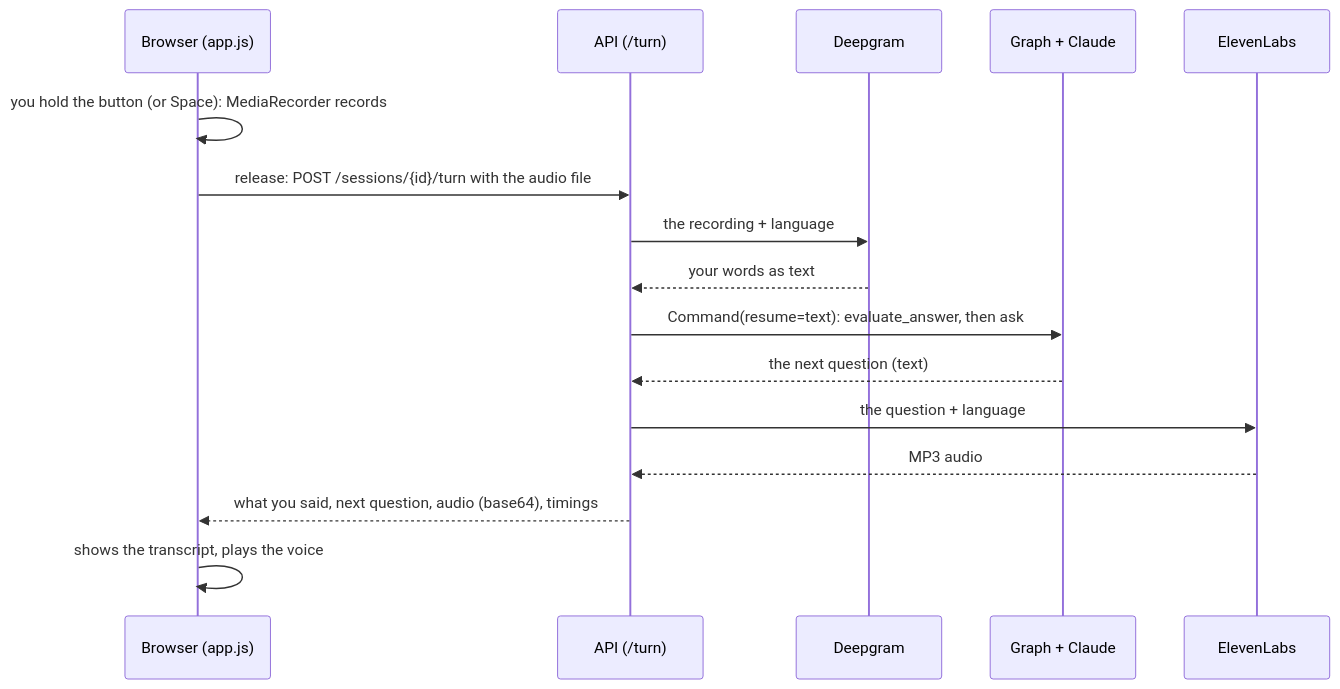
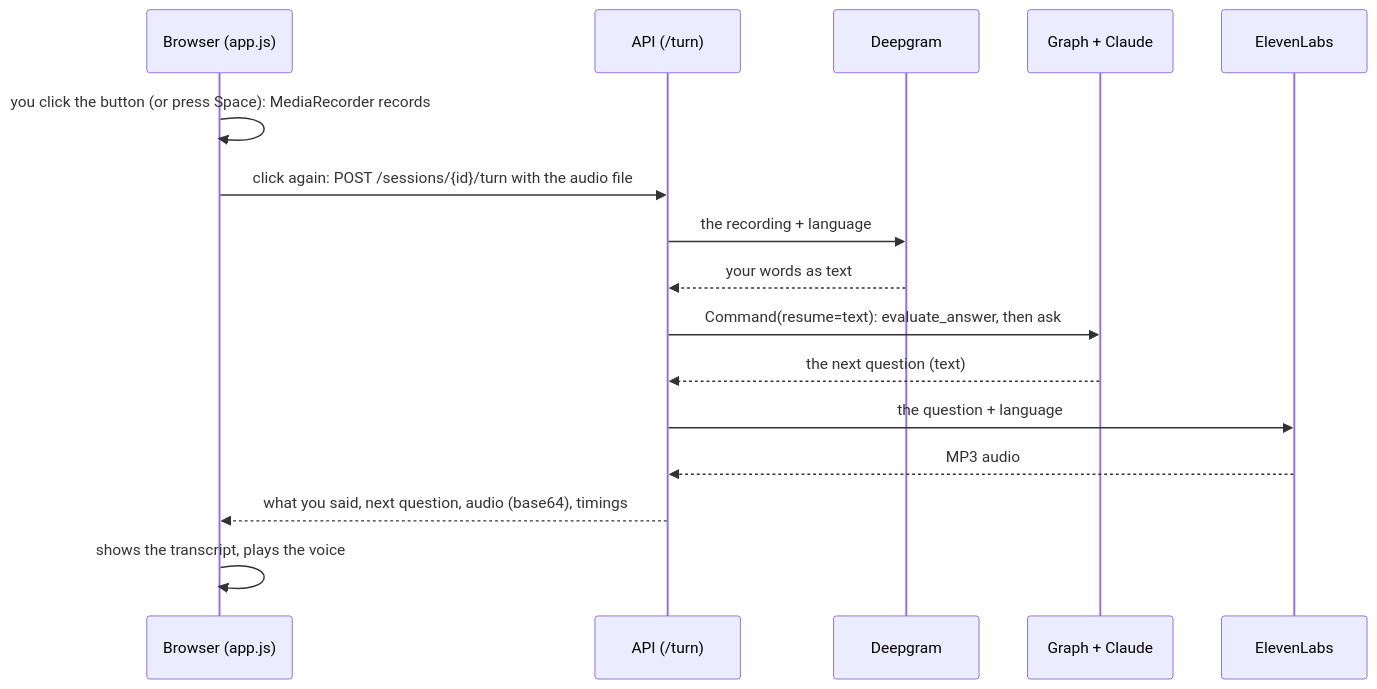
The fourth of 5 diagrams in HOW_IT_WORKS.md (antoine-demyttenaere/interview-prep-voice-agent), drawn with Mermaid before and after one commit. The commit also changed other lines of this file and 18 other files, not shown here.

````diff
--- a/HOW_IT_WORKS.md
+++ b/HOW_IT_WORKS.md
@@ -262,18 +266,18 @@
 ```mermaid
 sequenceDiagram
   participant B as Browser (app.js)
   participant A as API (/turn)
   participant D as Deepgram
   participant G as Graph + Claude
   participant E as ElevenLabs
-  B->>B: you hold the button (or Space): MediaRecorder records
-  B->>A: release: POST /sessions/{id}/turn with the audio file
+  B->>B: you click the button (or press Space): MediaRecorder records
+  B->>A: click again: POST /sessions/{id}/turn with the audio file
   A->>D: the recording + language
   D-->>A: your words as text
   A->>G: Command(resume=text): evaluate_answer, then ask
   G-->>A: the next question (text)
   A->>E: the question + language
   E-->>A: MP3 audio
   A-->>B: what you said, next question, audio (base64), timings
   B->>B: shows the transcript, plays the voice
 ```
````
